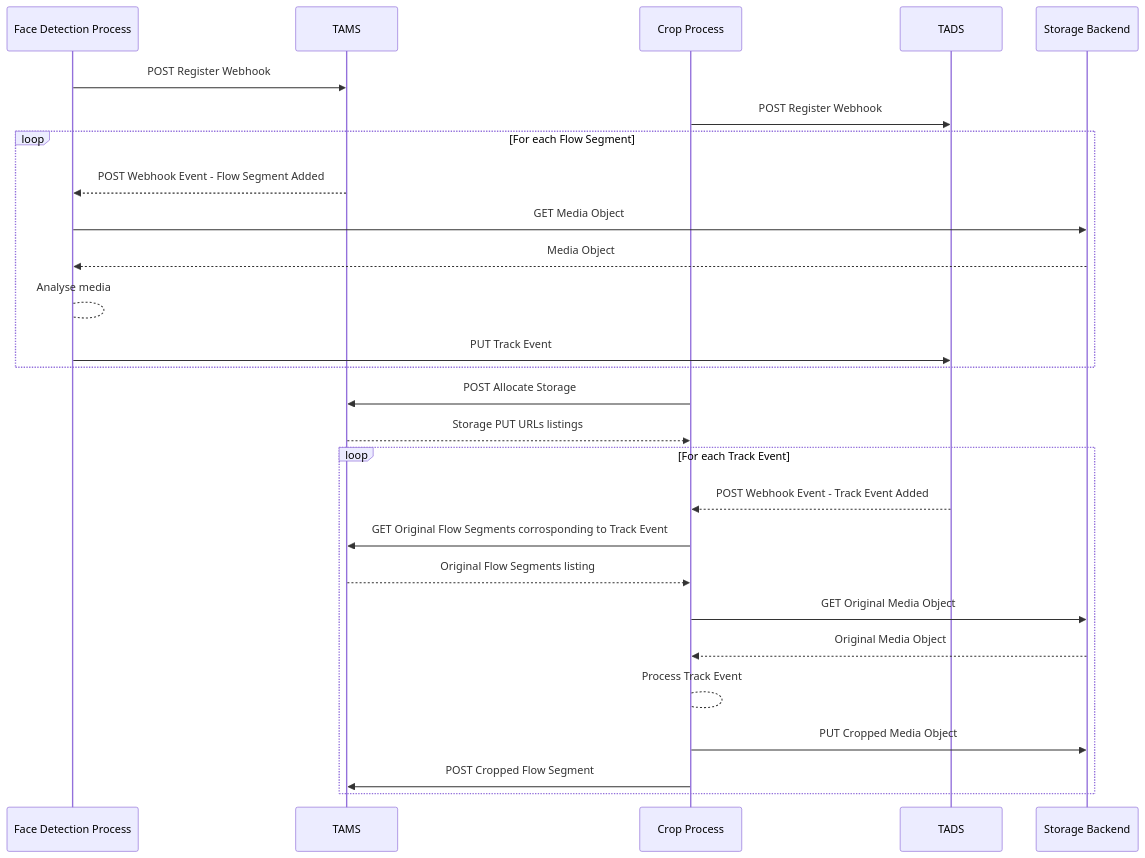
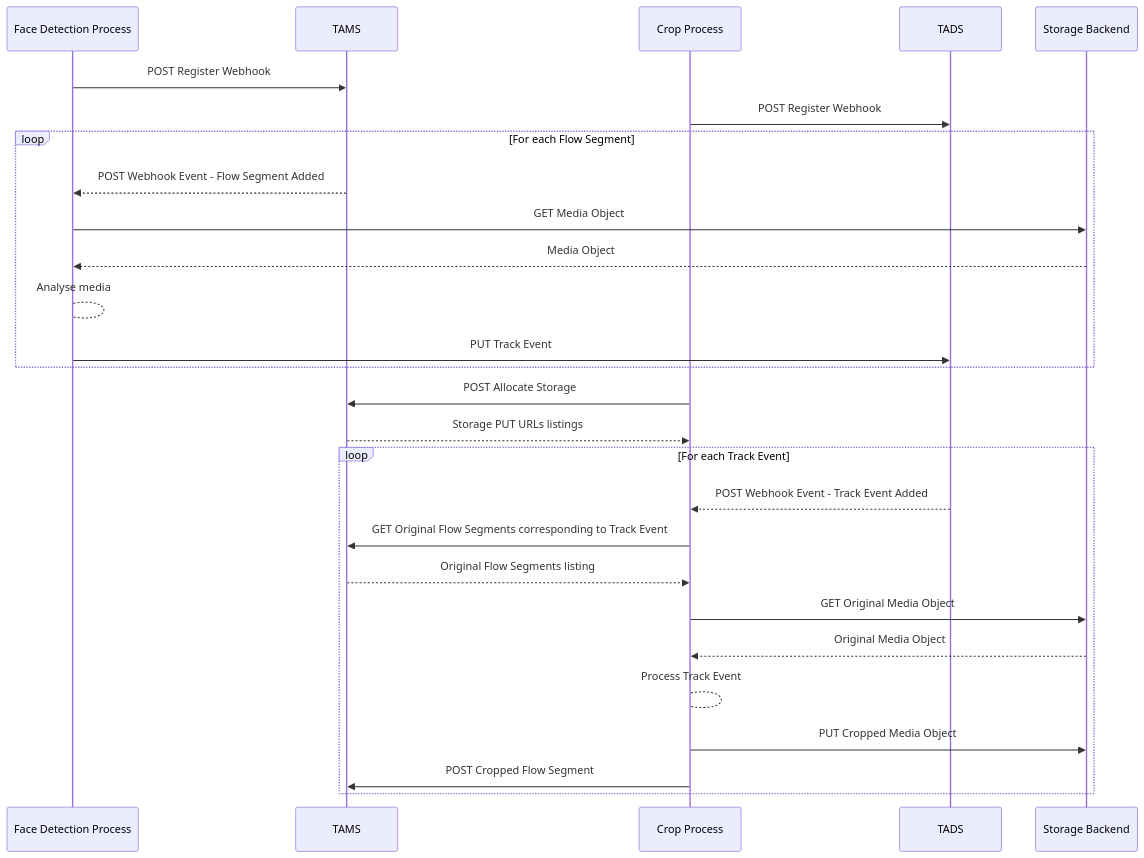
The sixth of 6 diagrams in docs/appnotes/0001-using-tads-with-tams.md (bbc/tads), drawn with Mermaid before and after one commit. The commit also changed other lines of this file and 1 other file, not shown here.

````diff
--- a/docs/appnotes/0001-using-tads-with-tams.md
+++ b/docs/appnotes/0001-using-tads-with-tams.md
@@ -265,28 +265,28 @@
 ```mermaid
 sequenceDiagram
     Face Detection Process->>TAMS: POST Register Webhook
 
     Crop Process->>TADS: POST Register Webhook
 
     loop For each Flow Segment
       TAMS-->>Face Detection Process: POST Webhook Event - Flow Segment Added
       Face Detection Process->>Storage Backend: GET Media Object
       Storage Backend-->>Face Detection Process: Media Object
       Face Detection Process-->Face Detection Process: Analyse media
       Face Detection Process->>TADS: PUT Track Event
     end
 
     Crop Process->>TAMS: POST Allocate Storage
     TAMS-->>Crop Process: Storage PUT URLs listings
 
     loop For each Track Event
       TADS-->>Crop Process: POST Webhook Event - Track Event Added
-      Crop Process->>TAMS: GET Original Flow Segments corrosponding to Track Event
+      Crop Process->>TAMS: GET Original Flow Segments corresponding to Track Event
       TAMS-->>Crop Process: Original Flow Segments listing
       Crop Process->>Storage Backend: GET Original Media Object
       Storage Backend-->>Crop Process: Original Media Object
       Crop Process-->Crop Process: Process Track Event
       Crop Process->>Storage Backend: PUT Cropped Media Object
       Crop Process->>TAMS: POST Cropped Flow Segment
     end
 ```
````
